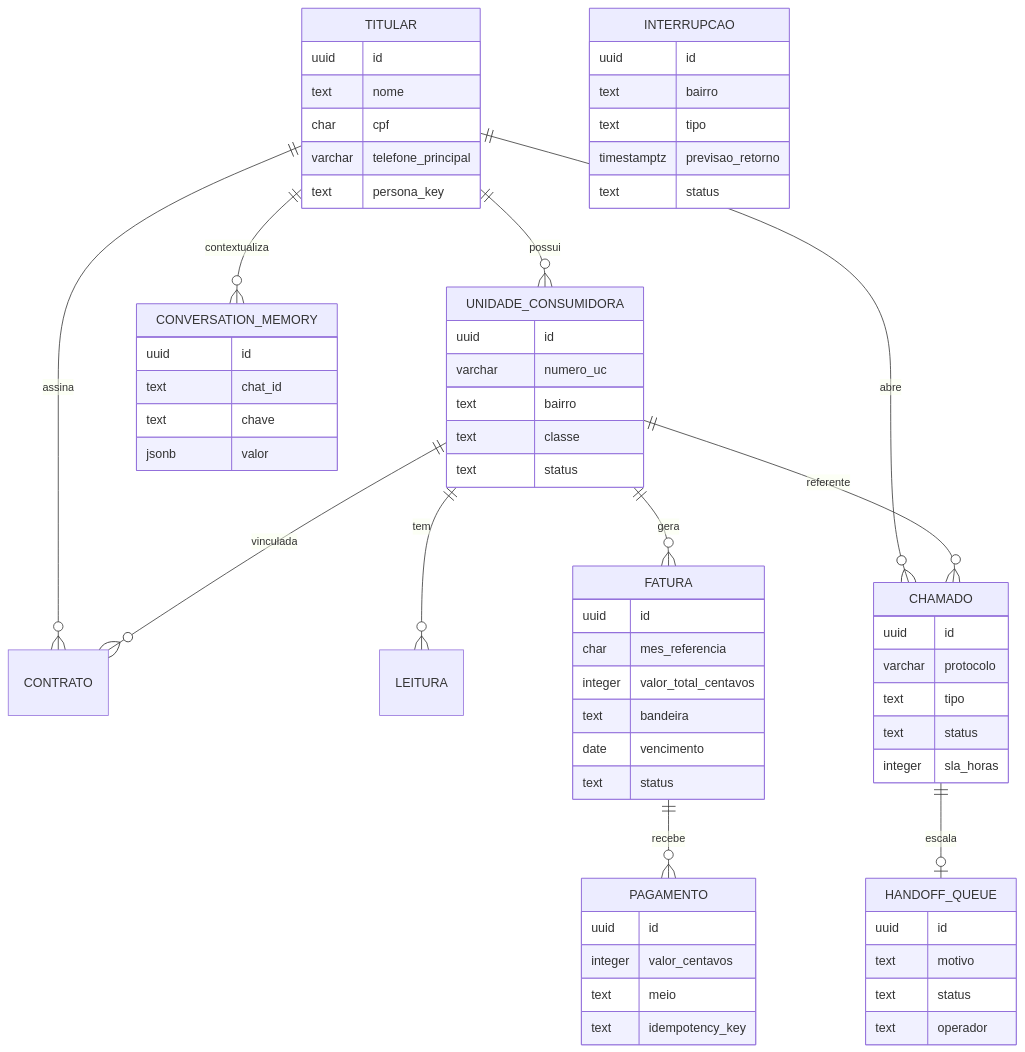
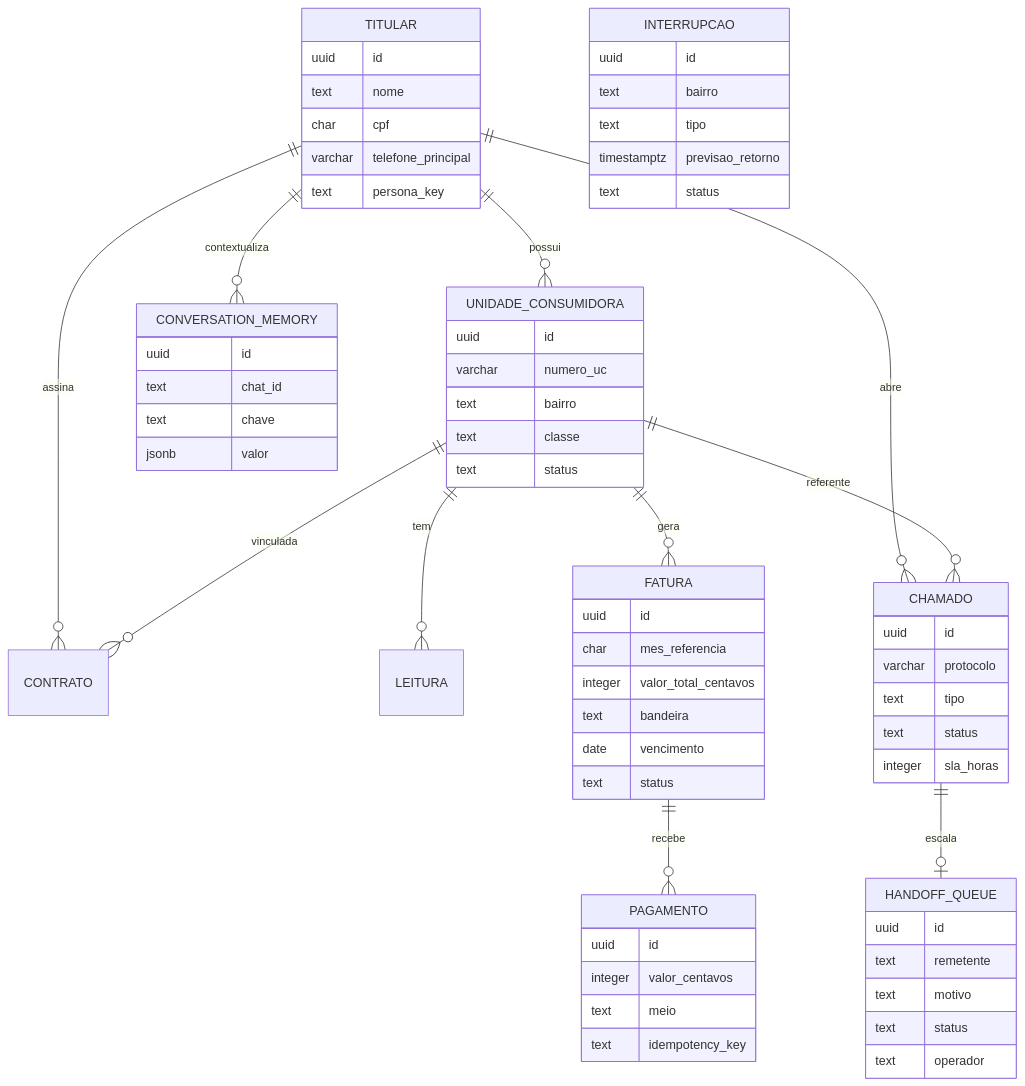
One commit to edgardamasceno-dev/khal-ai-challenge changed the diagram in docs/domain/erd.md. Above: the diagram before and after it, drawn with Mermaid. The commit also changed 16 other files, not shown here.

````diff
--- a/docs/domain/erd.md
+++ b/docs/domain/erd.md
@@ -3,68 +3,69 @@
 ```mermaid
 erDiagram
     TITULAR ||--o{ UNIDADE_CONSUMIDORA : possui
     TITULAR ||--o{ CONTRATO : assina
     UNIDADE_CONSUMIDORA ||--o{ CONTRATO : vinculada
     UNIDADE_CONSUMIDORA ||--o{ LEITURA : tem
     UNIDADE_CONSUMIDORA ||--o{ FATURA : gera
     FATURA ||--o{ PAGAMENTO : recebe
     TITULAR ||--o{ CHAMADO : abre
     UNIDADE_CONSUMIDORA ||--o{ CHAMADO : referente
     CHAMADO ||--o| HANDOFF_QUEUE : escala
     TITULAR ||--o{ CONVERSATION_MEMORY : contextualiza
 
     TITULAR {
         uuid id
         text nome
         char cpf
         varchar telefone_principal
         text persona_key
     }
     UNIDADE_CONSUMIDORA {
         uuid id
         varchar numero_uc
         text bairro
         text classe
         text status
     }
     FATURA {
         uuid id
         char mes_referencia
         integer valor_total_centavos
         text bandeira
         date vencimento
         text status
     }
     PAGAMENTO {
         uuid id
         integer valor_centavos
         text meio
         text idempotency_key
     }
     INTERRUPCAO {
         uuid id
         text bairro
         text tipo
         timestamptz previsao_retorno
         text status
     }
     CHAMADO {
         uuid id
         varchar protocolo
         text tipo
         text status
         integer sla_horas
     }
     HANDOFF_QUEUE {
         uuid id
+        text remetente
         text motivo
         text status
         text operador
     }
     CONVERSATION_MEMORY {
         uuid id
         text chat_id
         text chave
         jsonb valor
     }
 ```
````
